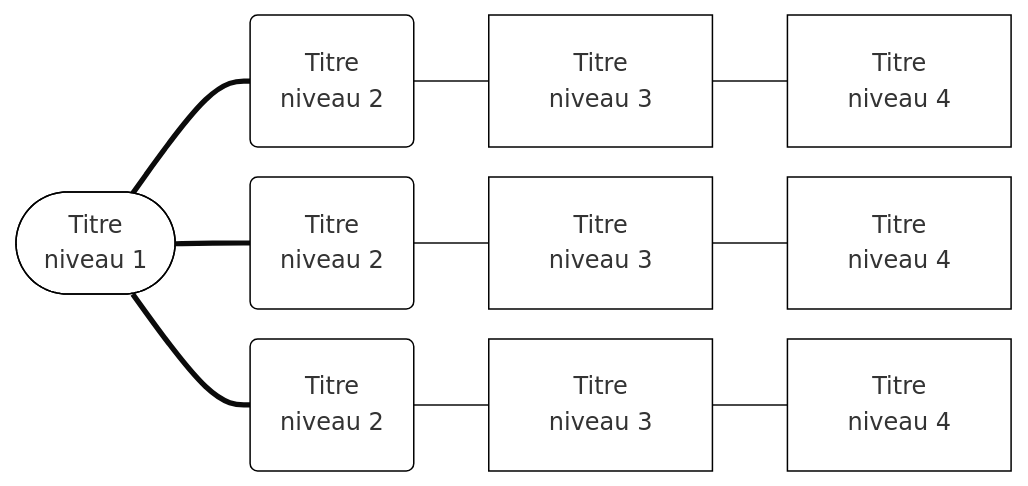
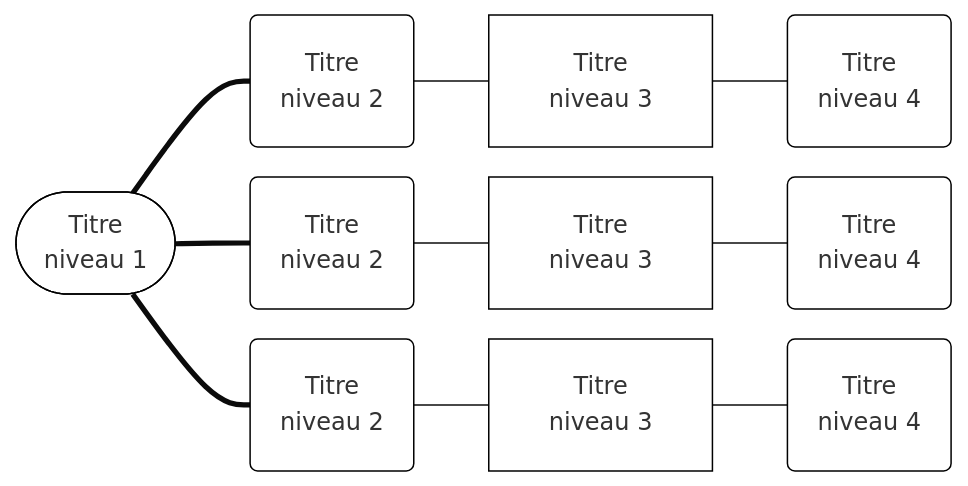
One commit to eyssette/mermaid-diagrams changed the diagram in template-LR.mmd. Above: the diagram before and after it, drawn with Mermaid.

```diff
--- a/template-LR.mmd
+++ b/template-LR.mmd
@@ -1,25 +1,25 @@
-%%{init{"theme":"base","themeCSS":"* {line-height:1.25em!important; font-size:20px; text-align:left!important;} g[id*=\"A\"] span {font-size:1.01em; color:white; display:block; text-align:center!important} g[id*=\"A\"] rect {fill:black}  g[id*=\"V\"] * {} g[id*=\"B\"] span {font-size:0.9em; color:white; display:block; text-align:center!important} g[id*=\"B\"] rect {fill:#6f0000; stroke:transparent} g[id*=\"C\"] span {font-size:0.75em; display:block;} g[id*=\"D\"] span, g[id*=\"E\"] span {font-size:0.7em; display:block;} g[id*=\"D\"] rect, g[id*=\"E\"] rect {stroke:transparent!important}.edge-thickness-normal{stroke-width:1px; stroke:#999;} .edge-thickness-thick{stroke-width:1px!important} .edge-pattern-dotted{stroke:transparent}","themeVariables":{ "secondaryColor":"white","primaryColor":"white","primaryBorderColor":"black"},"flowchart":{"htmlLabels":true,"padding":20,"rankSpacing":50,"nodeSpacing":20}} }%%
+%%{init{"theme":"base","themeCSS":"* {line-height:1.25em!important; font-size:20px; text-align:left!important;} g[id*=\"A\"] span {font-size:1.01em; color:white; display:block; text-align:center!important} g[id*=\"A\"] rect {fill:black}  g[id*=\"V\"] * {} g[id*=\"B\"] span {font-size:0.9em; color:white; display:block; text-align:center!important} g[id*=\"B\"] rect {fill:#6f0000; stroke:transparent} g[id*=\"C\"] span {font-size:0.75em; display:block;} g[id*=\"D\"] span, g[id*=\"E\"] span {font-size:0.7em; display:block;} g[id*=\"D\"] rect, g[id*=\"E\"] rect {stroke:transparent!important}.edge-thickness-normal{stroke-width:1px; stroke:#999!important;} .edge-thickness-thick{stroke-width:1px!important;} .edge-pattern-dotted{stroke:transparent}","themeVariables":{"secondaryColor":"white","primaryColor":"white","primaryBorderColor":"black"},"flowchart":{"htmlLabels":true,"padding":20,"rankSpacing":50,"nodeSpacing":20}} }%%
 flowchart LR
 A1(["Titre <br> niveau 1"])
 
 B1("Titre <br>niveau 2")
 B2("Titre <br>niveau 2")
 B3("Titre <br>niveau 2")
 
 C1["Titre <br>niveau 3"]
 C2["Titre <br>niveau 3"]
 C3["Titre <br>niveau 3"]
 
-D1["Titre <br>niveau 4"]
-D2["Titre <br>niveau 4"]
-D3["Titre <br>niveau 4"]
+D1("Titre <br>niveau 4")
+D2("Titre <br>niveau 4")
+D3("Titre <br>niveau 4")
 
 A1 === B1 & B2 & B3
 
 B1 --- C1
 B2 --- C2
 B3 --- C3
 
 C1 --- D1
 C2 --- D2
 C3 --- D3
```
